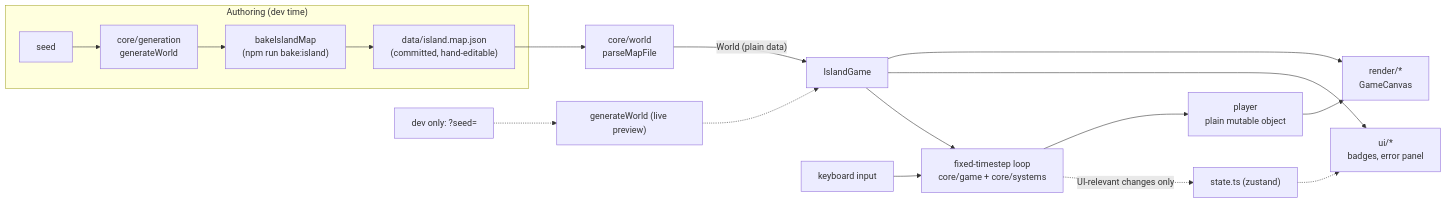
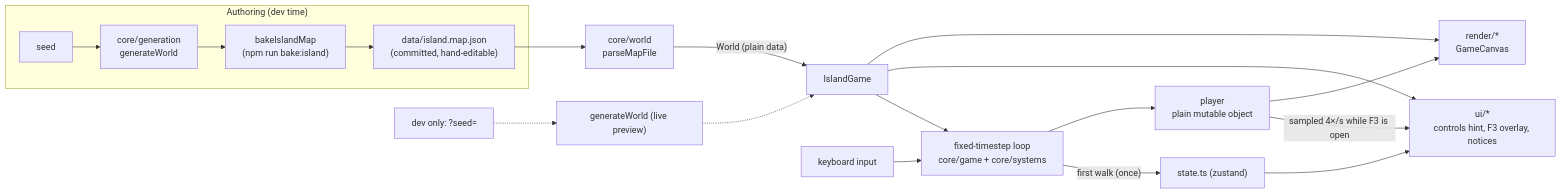
One commit to charlesj29/slow-living changed the first of 3 diagrams in docs/ARCHITECTURE.md. Above: the diagram before and after it, drawn with Mermaid. The commit also changed other lines of this file and 29 other files, not shown here.

First line of the commit message:
feat(island): M4 polish & handover - F3 overlay, fading hint, one-page site

````diff
--- a/docs/ARCHITECTURE.md
+++ b/docs/ARCHITECTURE.md
@@ -73,19 +74,20 @@
 ```mermaid
 flowchart LR
   subgraph Authoring["Authoring (dev time)"]
     Seed["seed"] --> Gen["core/generation<br/>generateWorld"]
     Gen --> Bake["bakeIslandMap<br/>(npm run bake:island)"]
     Bake --> File["data/island.map.json<br/>(committed, hand-editable)"]
   end
   File --> Parse["core/world<br/>parseMapFile"]
   Parse -- "World (plain data)" --> Game["IslandGame"]
   DevSeed["dev only: ?seed="] -.-> Gen2["generateWorld (live preview)"] -.-> Game
   Game --> Render["render/*<br/>GameCanvas"]
-  Game --> UI["ui/*<br/>badges, error panel"]
+  Game --> UI["ui/*<br/>controls hint, F3 overlay, notices"]
   Input["keyboard input"] --> Loop["fixed-timestep loop<br/>core/game + core/systems"]
   Game --> Loop
   Loop --> Entities["player<br/>plain mutable object"]
   Entities --> Render
-  Loop -. "UI-relevant changes only" .-> Store["state.ts (zustand)"]
-  Store -.-> UI
+  Loop -- "first walk (once)" --> Store["state.ts (zustand)"]
+  Store --> UI
+  Entities -- "sampled 4×/s while F3 is open" --> UI
 ```
````
